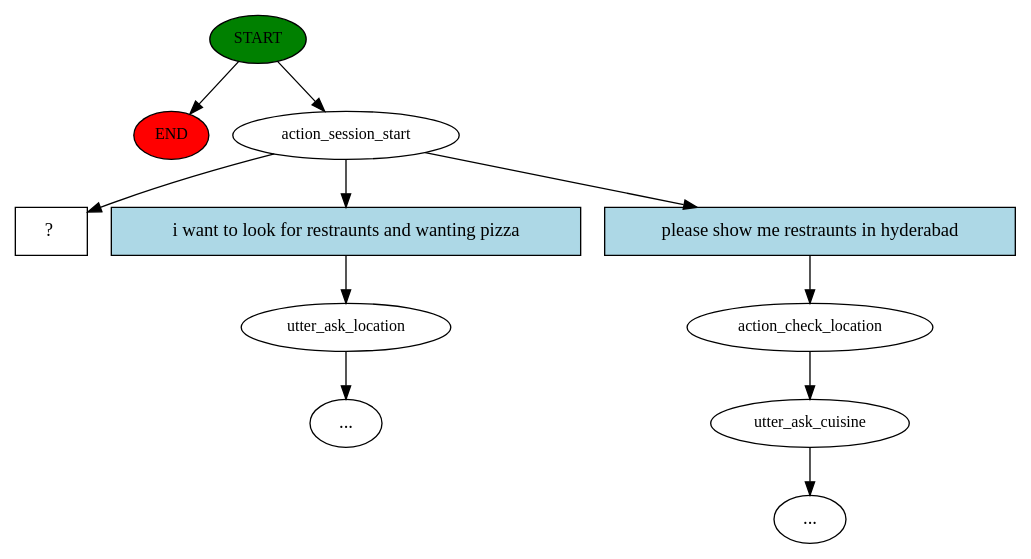
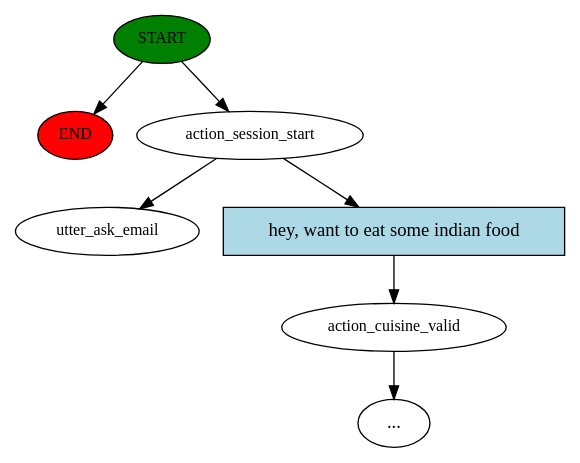
The diagram in chat_bot/story_graph.dot (amitbcp/machine_learning_problems), drawn with Graphviz before and after one commit. The commit also changed 5 other files, not shown here.

```diff
--- a/chat_bot/story_graph.dot
+++ b/chat_bot/story_graph.dot
@@ -1,23 +1,15 @@
 digraph  {
 0 [class="start active", fillcolor=green, fontsize=12, label=START, style=filled];
 "-1" [class=end, fillcolor=red, fontsize=12, label=END, style=filled];
 1 [class=active, fontsize=12, label=action_session_start];
-2 [class="", fontsize=12, label=utter_ask_location];
+2 [class="", fontsize=12, label=action_cuisine_valid];
 "-3" [class=ellipsis, label="..."];
-4 [class="", fontsize=12, label=action_check_location];
-5 [class="", fontsize=12, label=utter_ask_cuisine];
-"-4" [class=ellipsis, label="..."];
-7 [class="intent dashed active", label="  ?  ", shape=rect];
-8 [class=intent, fillcolor=lightblue, label="i want to look for restraunts and wanting pizza", shape=rect, style=filled];
-9 [class=intent, fillcolor=lightblue, label="please show me restraunts in hyderabad", shape=rect, style=filled];
+4 [class="dashed active", fontsize=12, label=utter_ask_email];
+5 [class=intent, fillcolor=lightblue, label="hey, want to eat some indian food", shape=rect, style=filled];
 0 -> "-1"  [class="", key=NONE, label=""];
 0 -> 1  [class=active, key=NONE, label=""];
-1 -> 7  [class=active, key=NONE, label=""];
-1 -> 8  [class="", key=0];
-1 -> 9  [class="", key=0];
+1 -> 4  [class=active, key=NONE, label=""];
+1 -> 5  [class="", key=0];
 2 -> "-3"  [class="", key=NONE, label=""];
-4 -> 5  [class="", key=NONE, label=""];
-5 -> "-4"  [class="", key=NONE, label=""];
-8 -> 2  [class="", key=0];
-9 -> 4  [class="", key=0];
+5 -> 2  [class="", key=0];
 }
```
